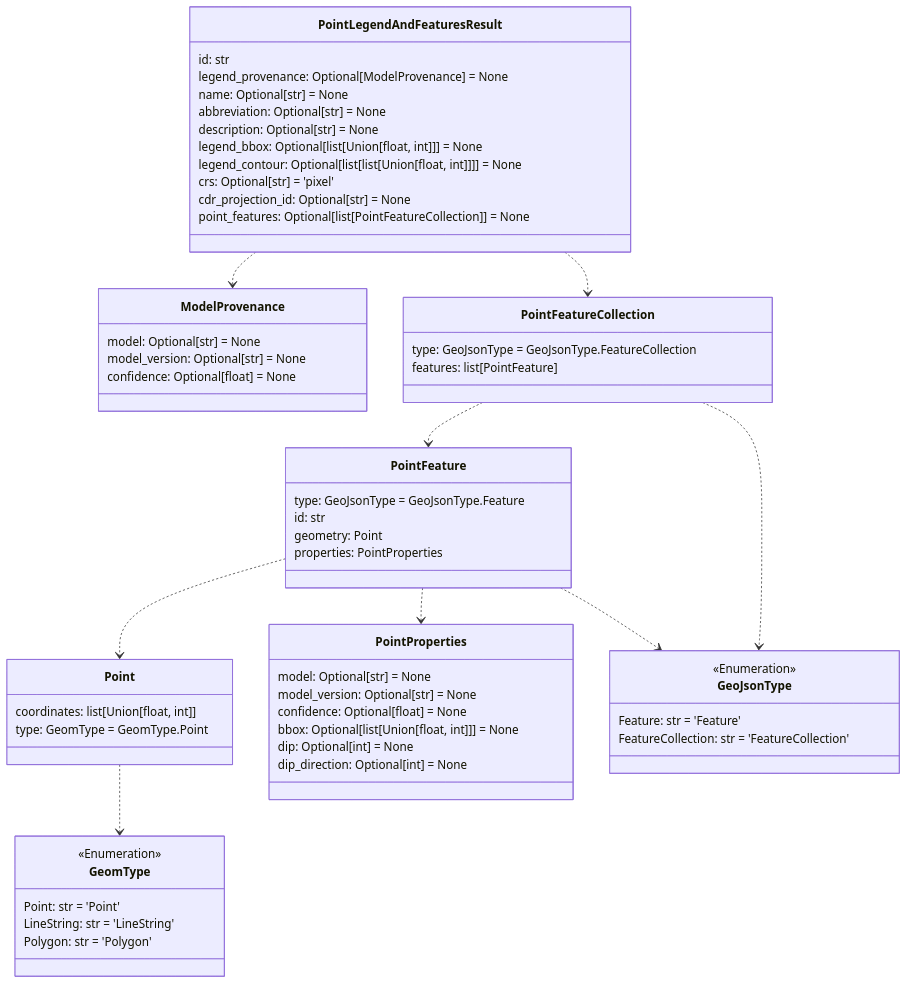
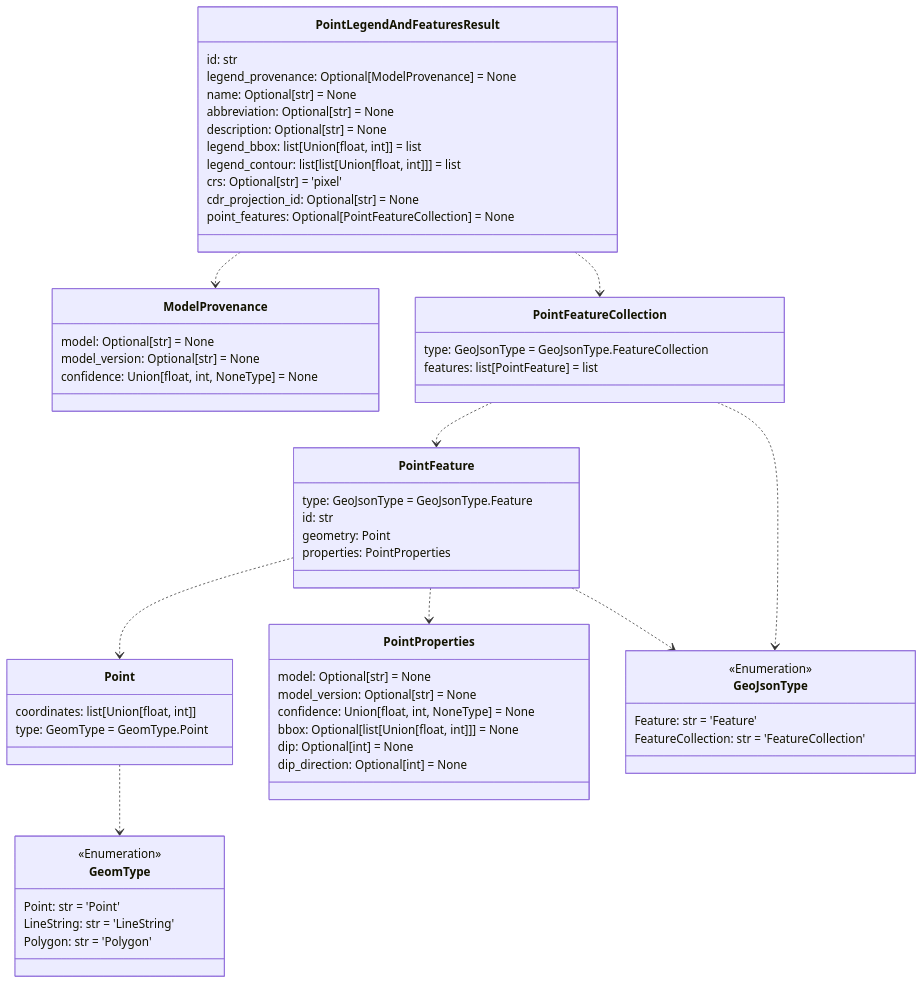
The fifth of 12 diagrams in README.md (DARPA-CRITICALMAAS/cdr_schemas), drawn with Mermaid before and after one commit. The commit also changed other lines of this file and 20 other files, not shown here.

````diff
--- a/README.md
+++ b/README.md
@@ -353,72 +353,72 @@
 ```mermaid
 classDiagram
 
-    class ModelProvenance {
-        model: Optional[str] = None
-        model_version: Optional[str] = None
-        confidence: Optional[float] = None
-    }
-
-    class PointFeatureCollection {
-        type: GeoJsonType = GeoJsonType.FeatureCollection
-        features: list[PointFeature]
+    class PointLegendAndFeaturesResult {
+        id: str
+        legend_provenance: Optional[ModelProvenance] = None
+        name: Optional[str] = None
+        abbreviation: Optional[str] = None
+        description: Optional[str] = None
+        legend_bbox: list[Union[float, int]] = list
+        legend_contour: list[list[Union[float, int]]] = list
+        crs: Optional[str] = 'pixel'
+        cdr_projection_id: Optional[str] = None
+        point_features: Optional[PointFeatureCollection] = None
     }
 
     class Point {
         coordinates: list[Union[float, int]]
         type: GeomType = GeomType.Point
     }
 
-    class PointFeature {
-        type: GeoJsonType = GeoJsonType.Feature
-        id: str
-        geometry: Point
-        properties: PointProperties
-    }
-
-    class PointLegendAndFeaturesResult {
-        id: str
-        legend_provenance: Optional[ModelProvenance] = None
-        name: Optional[str] = None
-        abbreviation: Optional[str] = None
-        description: Optional[str] = None
-        legend_bbox: Optional[list[Union[float, int]]] = None
-        legend_contour: Optional[list[list[Union[float, int]]]] = None
-        crs: Optional[str] = 'pixel'
-        cdr_projection_id: Optional[str] = None
-        point_features: Optional[list[PointFeatureCollection]] = None
-    }
-
     class PointProperties {
         model: Optional[str] = None
         model_version: Optional[str] = None
-        confidence: Optional[float] = None
+        confidence: Union[float, int, NoneType] = None
         bbox: Optional[list[Union[float, int]]] = None
         dip: Optional[int] = None
         dip_direction: Optional[int] = None
     }
 
     class GeomType {
         <<Enumeration>>
         Point: str = 'Point'
         LineString: str = 'LineString'
         Polygon: str = 'Polygon'
     }
 
+    class ModelProvenance {
+        model: Optional[str] = None
+        model_version: Optional[str] = None
+        confidence: Union[float, int, NoneType] = None
+    }
+
+    class PointFeatureCollection {
+        type: GeoJsonType = GeoJsonType.FeatureCollection
+        features: list[PointFeature] = list
+    }
+
     class GeoJsonType {
         <<Enumeration>>
         Feature: str = 'Feature'
         FeatureCollection: str = 'FeatureCollection'
     }
 
+    class PointFeature {
+        type: GeoJsonType = GeoJsonType.Feature
+        id: str
+        geometry: Point
+        properties: PointProperties
+    }
+
     Point ..> GeomType
+    PointFeature ..> PointProperties
     PointFeature ..> Point
-    PointFeature ..> PointProperties
     PointFeature ..> GeoJsonType
     PointFeatureCollection ..> PointFeature
     PointFeatureCollection ..> GeoJsonType
     PointLegendAndFeaturesResult ..> ModelProvenance
     PointLegendAndFeaturesResult ..> PointFeatureCollection
 
 
 ```
````
